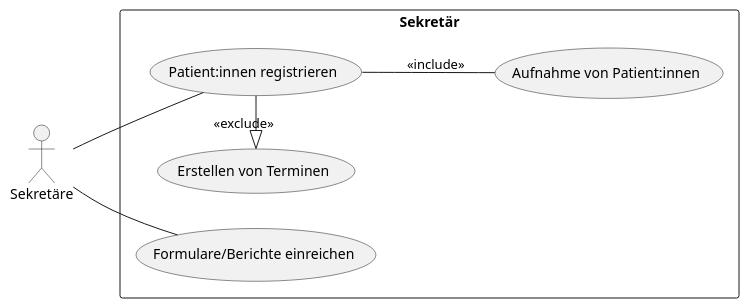
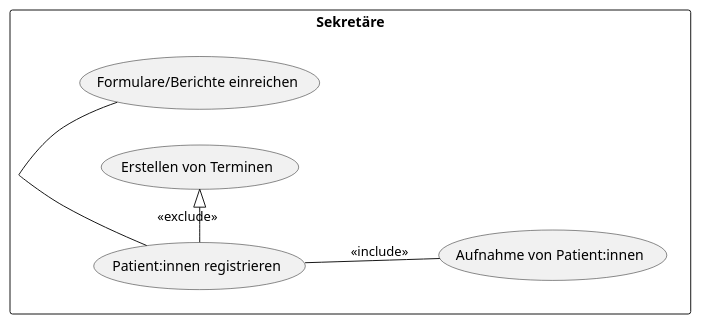
Before and after one commit to helenlaible/ss23-kba-project: the eighth of 9 diagrams in docs/2_planning/1_business_use_cases.md, drawn with PlantUML.

````diff
--- a/docs/2_planning/1_business_use_cases.md
+++ b/docs/2_planning/1_business_use_cases.md
@@ -160,19 +160,19 @@
 ```plantuml
 @startuml
 left to right direction
 actor Sekretäre
 
-rectangle "Sekretär" {
+rectangle "Sekretäre" {
   (Formulare/Berichte einreichen) as UC1
   (Patient:innen registrieren) as UC2
   (Erstellen von Terminen) as UC3
   (Aufnahme von Patient:innen) as UC4
 
   UC2 -left-|> UC3 : <<exclude>>
   UC2 -- UC4 : <<include>>
 }
 
 Sekretäre -- UC1
 Sekretäre -- UC2
 @enduml
 ```
````
